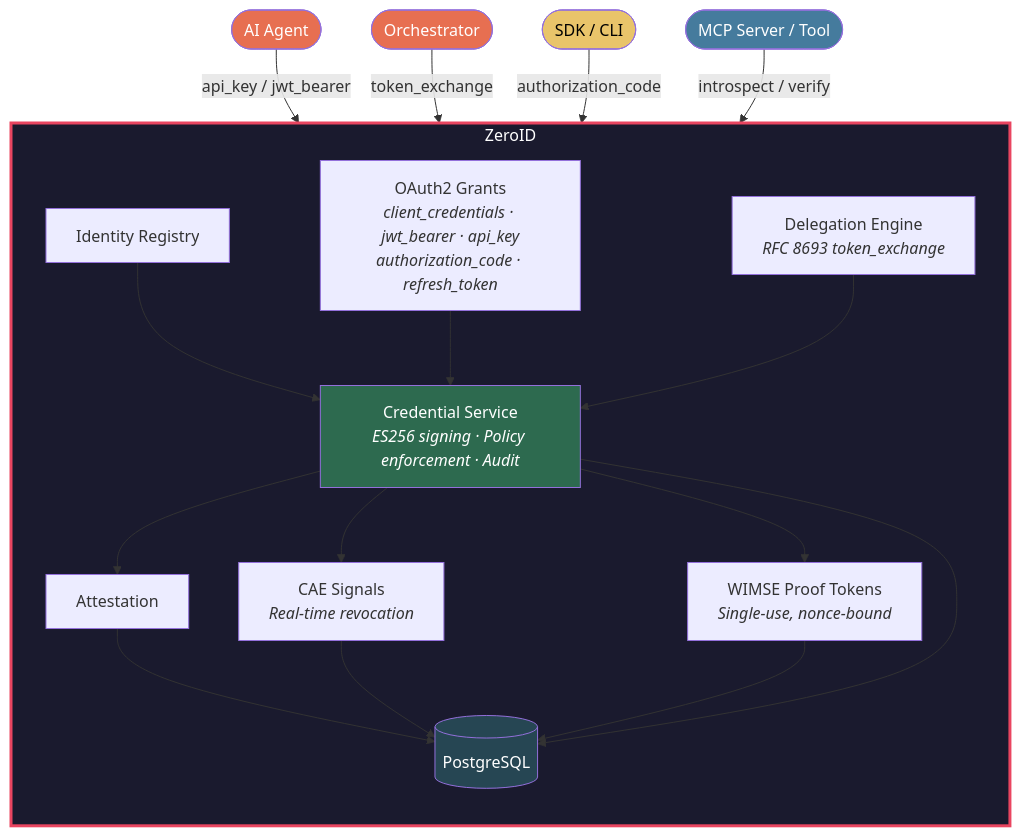
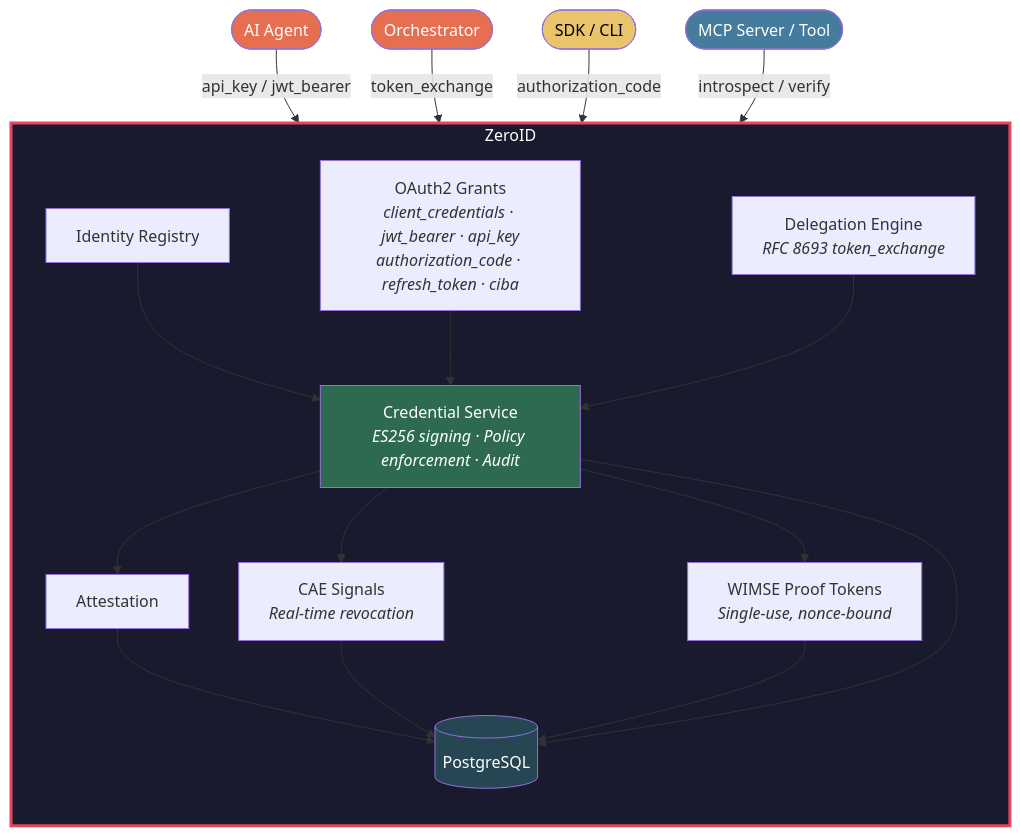
Before and after one commit to highflame-ai/zeroid: the diagram in README.md, drawn with Mermaid. The commit also changed other lines of this file, not shown here.

First line of the commit message:
docs: move CIBA from Planned to Released + add usage pattern (closes #136)

````diff
--- a/README.md
+++ b/README.md
@@ -665,31 +711,31 @@
 ```mermaid
 graph TD
     subgraph ZEROID ["ZeroID"]
         direction TB
         IR[Identity Registry] --> CS[Credential Service<br/><i>ES256 signing · Policy enforcement · Audit</i>]
-        OG[OAuth2 Grants<br/><i>client_credentials · jwt_bearer · api_key<br/>authorization_code · refresh_token</i>] --> CS
+        OG[OAuth2 Grants<br/><i>client_credentials · jwt_bearer · api_key<br/>authorization_code · refresh_token · ciba</i>] --> CS
         DL[Delegation Engine<br/><i>RFC 8693 token_exchange</i>] --> CS
 
         CS --> AT[Attestation]
         CS --> CAE[CAE Signals<br/><i>Real-time revocation</i>]
         CS --> WPT[WIMSE Proof Tokens<br/><i>Single-use, nonce-bound</i>]
 
         AT --> DB[(PostgreSQL)]
         CAE --> DB
         WPT --> DB
         CS --> DB
     end
 
     Agent([AI Agent]) -- "api_key / jwt_bearer" --> OG
     Orchestrator([Orchestrator]) -- "token_exchange" --> DL
     SDK([SDK / CLI]) -- "authorization_code" --> OG
     Downstream([MCP Server / Tool]) -- "introspect / verify" --> WPT
 
     style ZEROID fill:#1a1a2e,stroke:#e94560,stroke-width:3px,color:#fff
     style CS fill:#2d6a4f,color:#fff
     style DB fill:#264653,color:#fff
     style Agent fill:#e76f51,color:#fff
     style Orchestrator fill:#e76f51,color:#fff
     style SDK fill:#e9c46a,color:#000
     style Downstream fill:#457b9d,color:#fff
 ```
````
